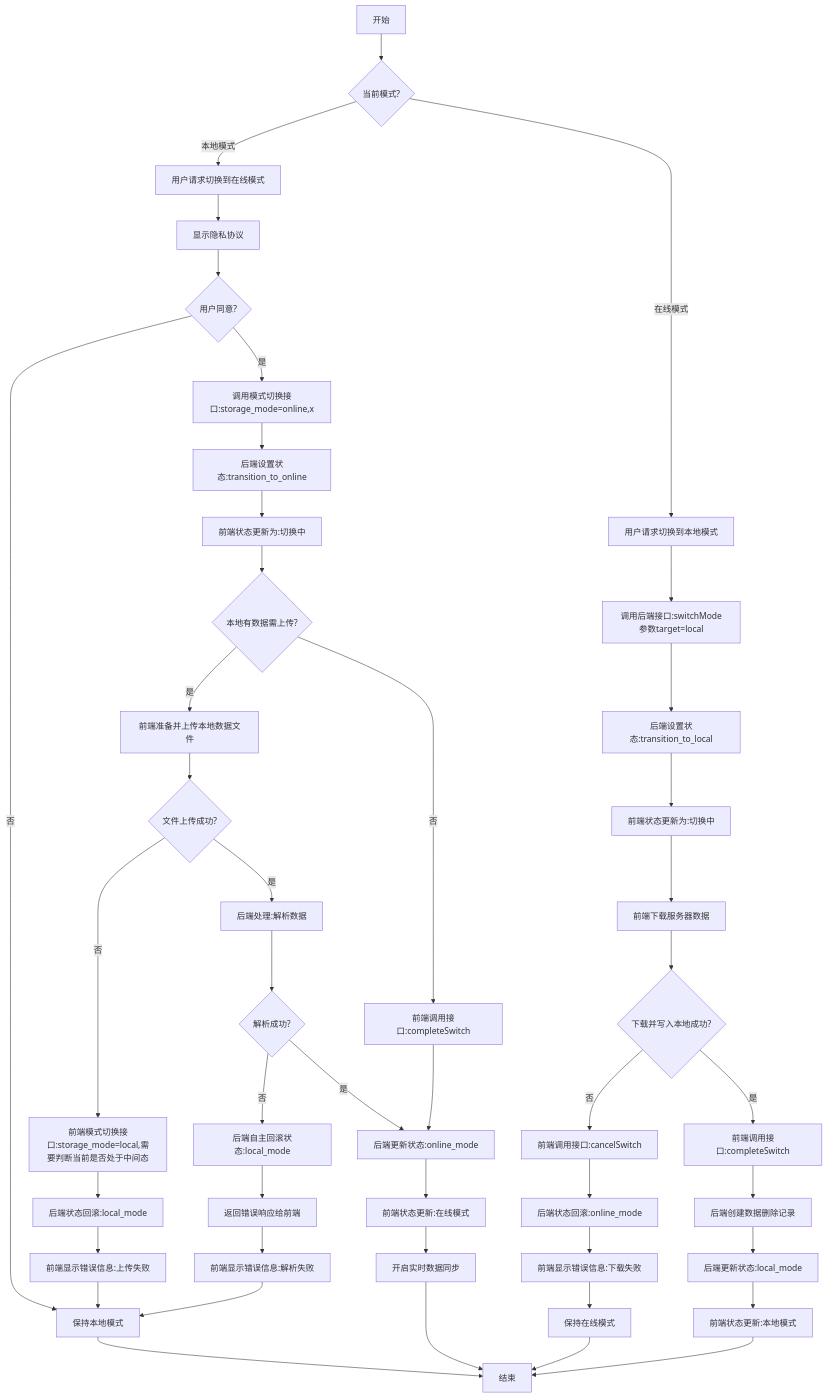
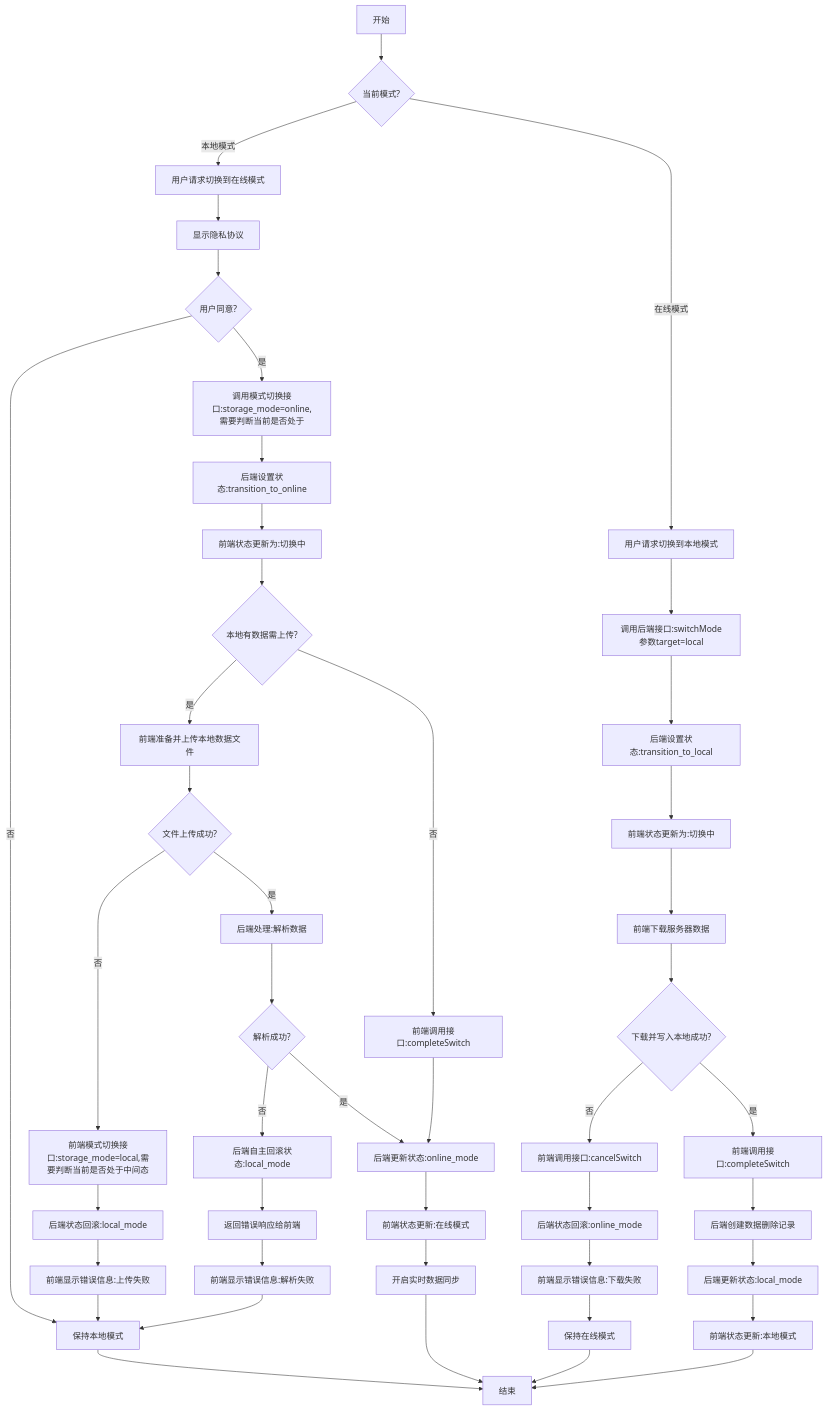
The diagram in all/未命名-58.md (yingjianzh/iodraw-files), drawn with Mermaid before and after one commit.

Commit message:
2025-05-14 10:44:36 update

````diff
--- a/all/未命名-58.md
+++ b/all/未命名-58.md
@@ -1,68 +1,68 @@
 ```mermaid
 flowchart TD
     A[开始] --> B{当前模式?}
     
     %% 本地模式转在线模式
     B -->|本地模式| C[用户请求切换到在线模式]
     C --> D[显示隐私协议]
     D --> E{用户同意?}
 
     E -->|否| F[保持本地模式]
     F --> Z[结束]
     
-    E -->|是| G[调用模式切换接口:storage_mode=online,x]
+    E -->|是| G[调用模式切换接口:storage_mode=online,需要判断当前是否处于]
     G --> H[后端设置状态:transition_to_online]
     H --> I[前端状态更新为:切换中]
     
     I --> J{本地有数据需上传?}
     
     %% 有本地数据需上传的情况
     J -->|是| K[前端准备并上传本地数据文件]
     K --> L{文件上传成功?}
     
     %% 上传失败的情况
     L -->|否| M[前端模式切换接口:storage_mode=local,需要判断当前是否处于中间态]
     M --> N[后端状态回滚:local_mode]
     N --> O[前端显示错误信息:上传失败]
     O --> F
     
     %% 上传成功但解析失败的情况
     L -->|是| P[后端处理:解析数据]
     P --> Q{解析成功?}
     Q -->|否| R[后端自主回滚状态:local_mode]
     R --> S[返回错误响应给前端]
     S --> T[前端显示错误信息:解析失败]
     T --> F
     
     %% 全部成功的情况
     Q -->|是| U[后端更新状态:online_mode]
     J -->|否| V[前端调用接口:completeSwitch]
     V --> U
     
     U --> W[前端状态更新:在线模式]
     W --> X[开启实时数据同步]
     X --> Z
     
     %% 在线模式转本地模式
     B -->|在线模式| AA[用户请求切换到本地模式]
     AA --> AB[调用后端接口:switchMode参数target=local]
     AB --> AC[后端设置状态:transition_to_local]
     AC --> AD[前端状态更新为:切换中]
     
     AD --> AE[前端下载服务器数据]
     AE --> AF{下载并写入本地成功?}
     
     %% 下载失败的情况
     AF -->|否| AG[前端调用接口:cancelSwitch]
     AG --> AH[后端状态回滚:online_mode]
     AH --> AI[前端显示错误信息:下载失败]
     AI --> AJ[保持在线模式]
     AJ --> Z
     
     %% 下载成功的情况
     AF -->|是| AK[前端调用接口:completeSwitch]
     AK --> AL[后端创建数据删除记录]
     AL --> AM[后端更新状态:local_mode]
     AM --> AN[前端状态更新:本地模式]
     AN --> Z
 ```
````
